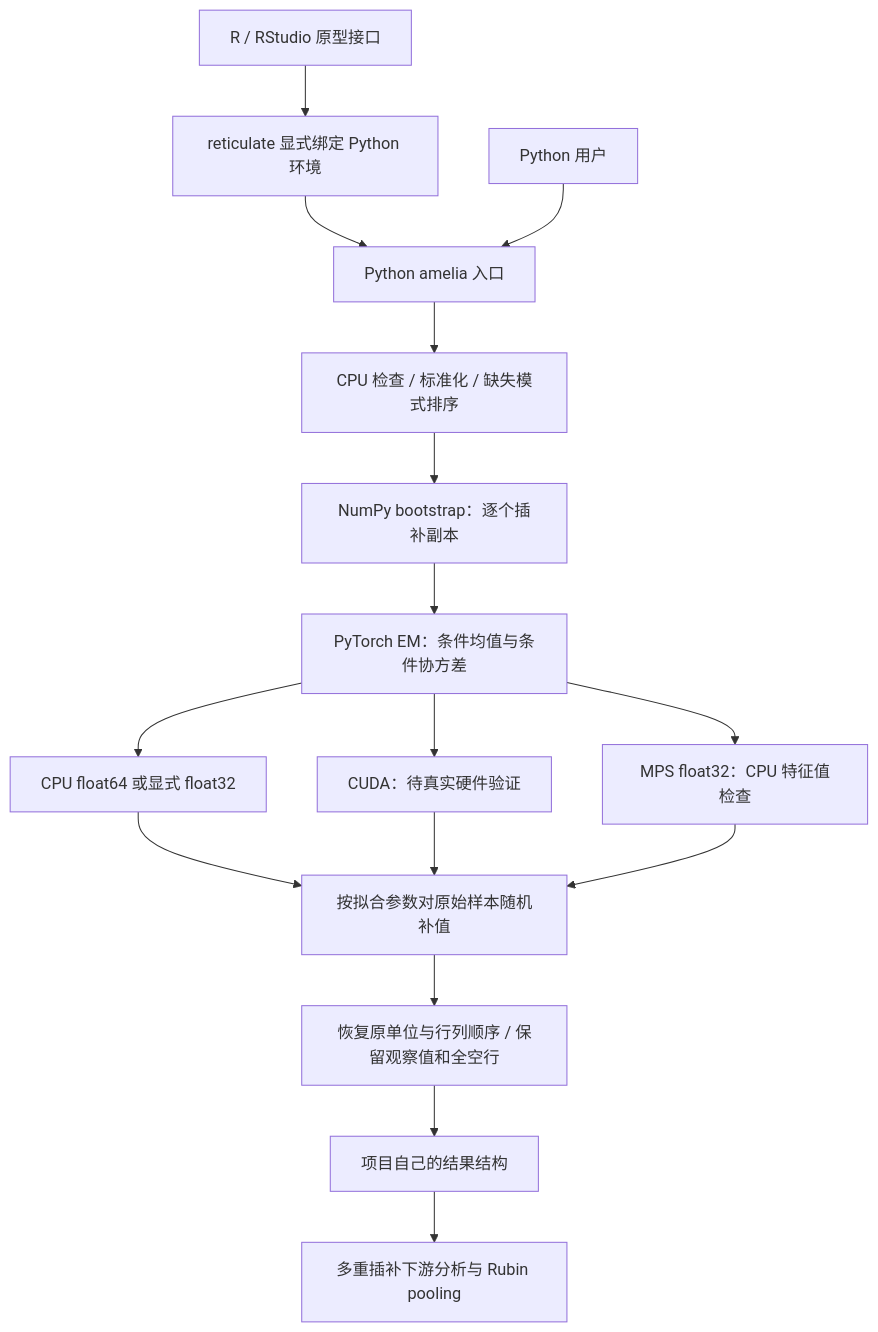
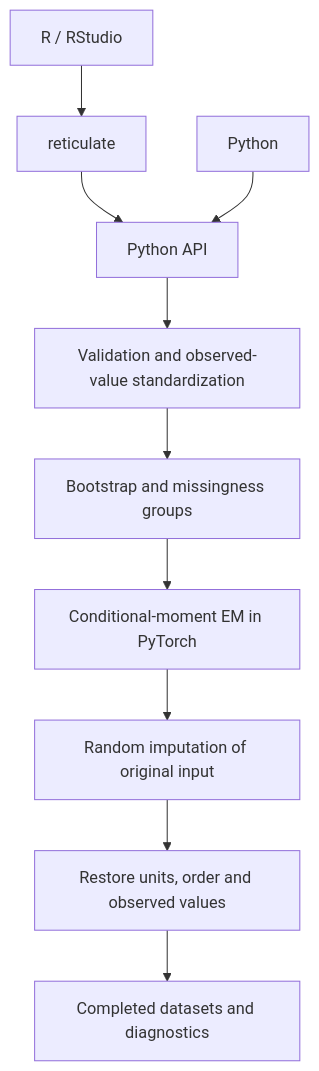
One commit to Tocqueville0624/amelia-torch changed the diagram in docs/architecture.md. Above: the diagram before and after it, drawn with Mermaid. The commit also changed other lines of this file and 128 other files, not shown here.

````diff
--- a/docs/architecture.md
+++ b/docs/architecture.md
@@ -5,18 +15,12 @@
 ```mermaid
 flowchart TD
-    R[R / RStudio 原型接口] --> RT[reticulate 显式绑定 Python 环境]
-    RT --> API[Python amelia 入口]
-    PY[Python 用户] --> API
-    API --> PRE[CPU 检查 / 标准化 / 缺失模式排序]
-    PRE --> BOOT[NumPy bootstrap：逐个插补副本]
-    BOOT --> EM[PyTorch EM：条件均值与条件协方差]
-    EM --> CPU[CPU float64 或显式 float32]
-    EM --> CUDA[CUDA：待真实硬件验证]
-    EM --> MPS[MPS float32：CPU 特征值检查]
-    CPU --> DRAW[按拟合参数对原始样本随机补值]
-    CUDA --> DRAW
-    MPS --> DRAW
-    DRAW --> POST[恢复原单位与行列顺序 / 保留观察值和全空行]
-    POST --> RESULT[项目自己的结果结构]
-    RESULT --> ANALYSIS[多重插补下游分析与 Rubin pooling]
+    R[R / RStudio] --> RT[reticulate]
+    RT --> API[Python API]
+    PY[Python] --> API
+    API --> PRE[Validation and observed-value standardization]
+    PRE --> BOOT[Bootstrap and missingness groups]
+    BOOT --> EM[Conditional-moment EM in PyTorch]
+    EM --> DRAW[Random imputation of original input]
+    DRAW --> POST[Restore units, order and observed values]
+    POST --> RESULT[Completed datasets and diagnostics]
 ```
````
